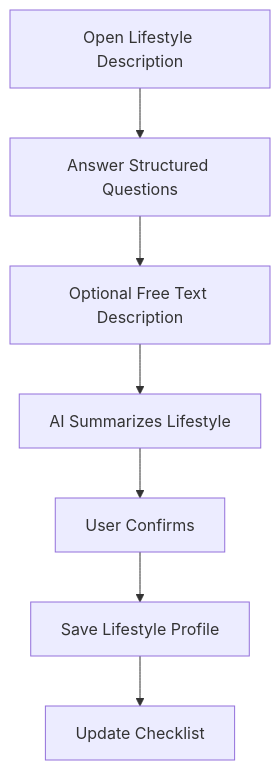
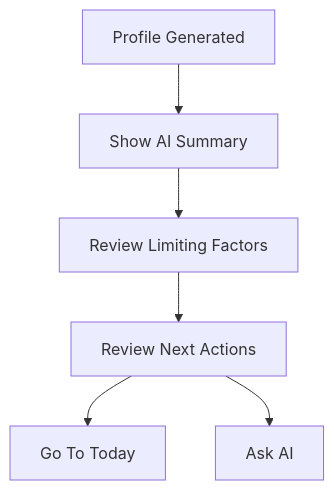
Before and after one commit to Yaroslavkukin/HealthCoach: the tenth of 20 diagrams in docs/USER_FLOW.md, drawn with Mermaid. The commit also changed other lines of this file and 20 other files, not shown here.

````diff
--- a/docs/USER_FLOW.md
+++ b/docs/USER_FLOW.md
@@ -626,9 +367,8 @@
 ```mermaid
 flowchart TD
-    A[Open Lifestyle Description] --> B[Answer Structured Questions]
-    B --> C[Optional Free Text Description]
-    C --> D[AI Summarizes Lifestyle]
-    D --> E[User Confirms]
-    E --> F[Save Lifestyle Profile]
-    F --> G[Update Checklist]
+    A[Profile Generated] --> B[Show AI Summary]
+    B --> C[Review Limiting Factors]
+    C --> D[Review Next Actions]
+    D --> E[Go To Today]
+    D --> F[Ask AI]
 ```
````
